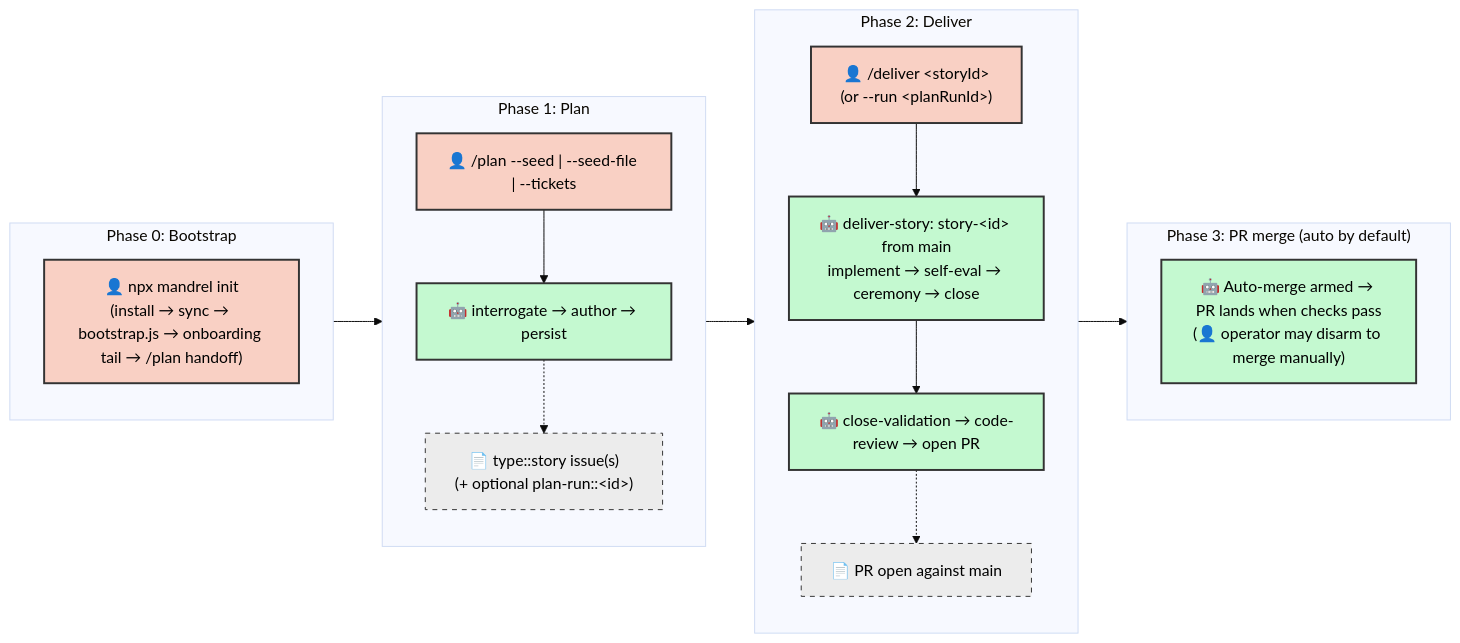
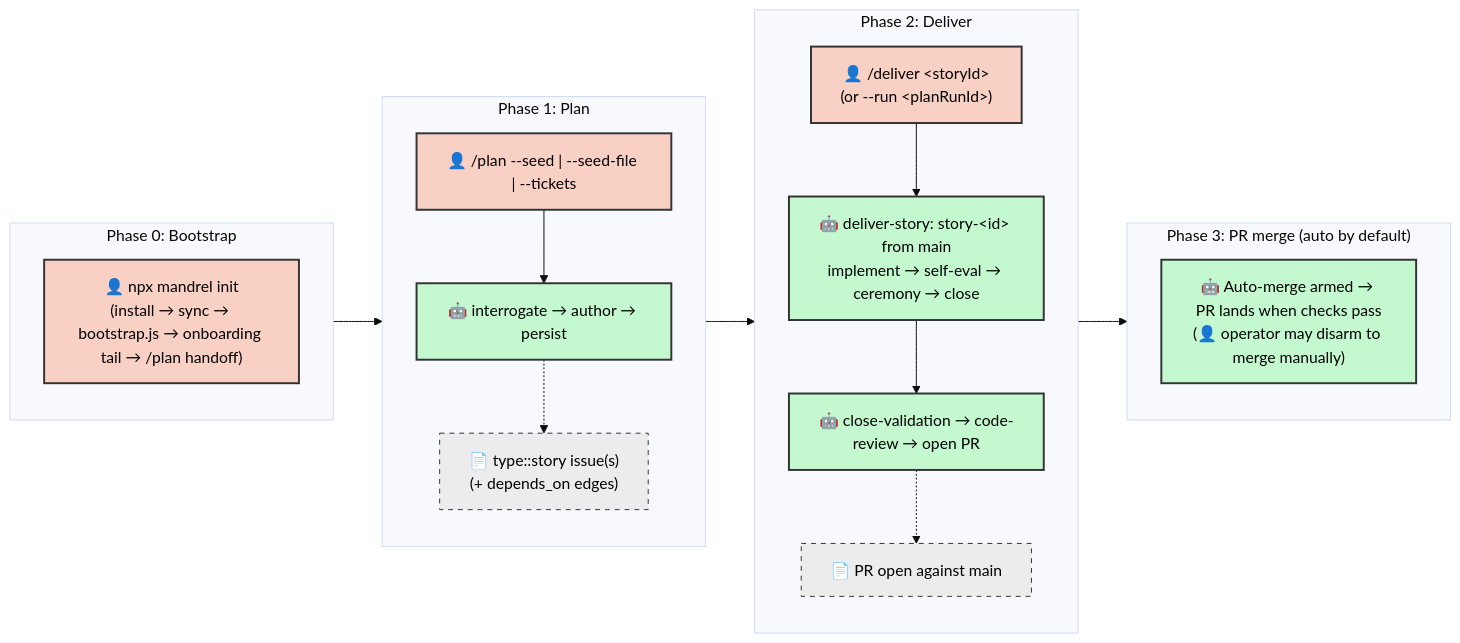
One commit to dsj1984/mandrel changed the diagram in .agents/docs/SDLC.md. Above: the diagram before and after it, drawn with Mermaid (base theme). The commit also changed other lines of this file and 11 other files, not shown here.

````diff
--- a/.agents/docs/SDLC.md
+++ b/.agents/docs/SDLC.md
@@ -167,37 +171,37 @@
 ```mermaid
 graph LR
     classDef manual fill:#f9d0c4,stroke:#333,stroke-width:2px,color:#000;
     classDef agentic fill:#c4f9d0,stroke:#333,stroke-width:2px,color:#000;
     classDef artifact fill:#ececec,stroke:#333,stroke-width:1px,stroke-dasharray: 5 5,color:#000;
 
     subgraph Phase0 ["Phase 0: Bootstrap"]
         direction TB
         Z["👤 npx mandrel init<br/>(install → sync → bootstrap.js → onboarding tail → /plan handoff)"]:::manual
     end
 
     subgraph Phase1 ["Phase 1: Plan"]
         direction TB
         A["👤 /plan --seed | --seed-file | --tickets"]:::manual
         B["🤖 interrogate → author → persist"]:::agentic
         A --> B
-        B -.-> B_Art["📄 type::story issue(s)<br/>(+ optional plan-run::&lt;id&gt;)"]:::artifact
+        B -.-> B_Art["📄 type::story issue(s)<br/>(+ depends_on edges)"]:::artifact
     end
 
     subgraph Phase2 ["Phase 2: Deliver"]
         direction TB
         E["👤 /deliver &lt;storyId&gt;<br/>(or --run &lt;planRunId&gt;)"]:::manual
         F["🤖 deliver-story: story-&lt;id&gt; from main<br/>implement → self-eval → ceremony → close"]:::agentic
         G["🤖 close-validation → code-review → open PR"]:::agentic
         E --> F --> G
         G -.-> G_Art["📄 PR open against main"]:::artifact
     end
 
     subgraph Phase3 ["Phase 3: PR merge (auto by default)"]
         direction TB
         H["🤖 Auto-merge armed → PR lands when checks pass<br/>(👤 operator may disarm to merge manually)"]:::agentic
     end
 
     Z --> A
     B --> E
     G --> H
 ```
````
